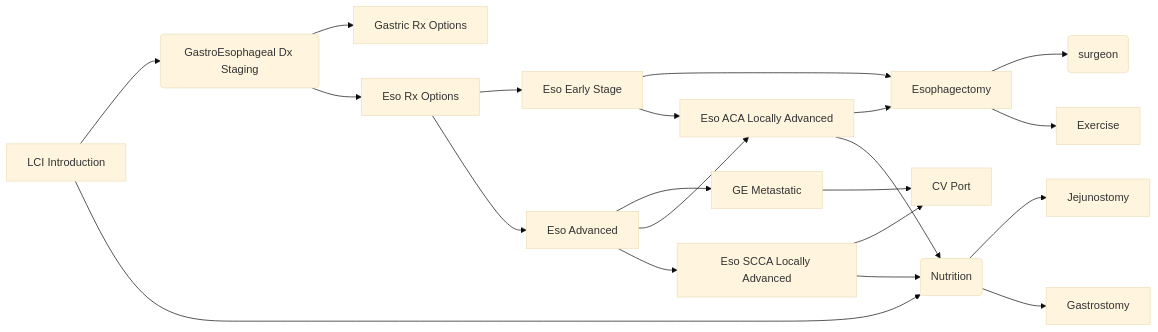
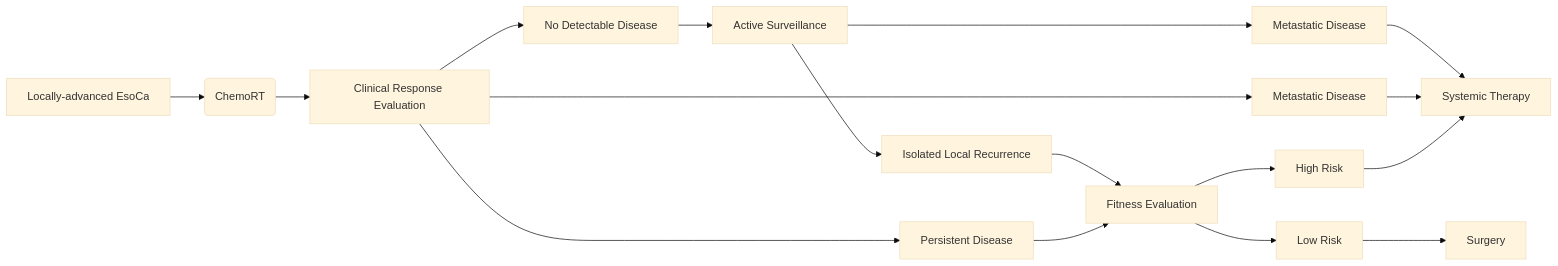
Before and after one commit to gisurgonc/talks: the third of 3 diagrams in eso_nonop.qmd, drawn with Mermaid (base theme). The commit also changed other lines of this file and 5 other files, not shown here.

````diff
--- a/eso_nonop.qmd
+++ b/eso_nonop.qmd
@@ -38,54 +158,35 @@
 ```{mermaid}
 flowchart LR
-A[LCI Introduction] -->B(GastroEsophageal Dx Staging)
-A-->nutrition(Nutrition)
+A[Locally-advanced EsoCa] -->B(ChemoRT)
 
-B--> C[Gastric Rx Options]
-B--> D[Eso Rx Options]
+B--> C[Clinical Response Evaluation]
 
-D-->E[Eso Early Stage]
-D-->F[Eso Advanced]
+C -->D[Metastatic Disease]
 
+C -->K[Persistent Disease]
 
-E-->eso_surgery[Esophagectomy]
-E-->J[Eso ACA Locally Advanced]
+C -->L[No Detectable Disease]
 
-F-->I[GE Metastatic]
-F-->J
-F-->K[Eso SCCA Locally Advanced]
+L-->N[Active Surveillance]
 
-nutrition--> jejunostomy[Jejunostomy]
-nutrition--> gastrostomy[Gastrostomy]
+N --> O[Isolated Local Recurrence]
 
-I-->L[CV Port]
+O --> M
 
-K-->L
-K-->nutrition
+N --> P[Metastatic Disease]
 
-J -->eso_surgery[Esophagectomy]
-J -->nutrition
+P --> E
 
-exercise[Exercise]
+D --> E[Systemic Therapy]
 
-eso_surgery-->surgeon(surgeon)
-eso_surgery-->exercise
+K -->M[Fitness Evaluation]
 
-click A "lci_intro.html"
-click B "ge_dx_staging.html"
-click C "gastric_rx_options.html"
-click D "eso_rx_options.html"
-click E "eso_advanced.html"
-click F "eso_advanced.html"
-click G "endoscopic_rx.html"
-click eso_surgery "eso_surgery.html"
-click I "ge_metastatic.html"
-click J "eso_aca_locally_advanced.html"
-click K "eso_scca_locally_advanced.html"
-click L "cv_port.html"
-click nutrition "nutrition.html"
-click jejunostomy "jejunostomy.html"
-click gastrostomy "gastrostomy.html"
-click exercise "exercise.html"
+M--> G[High Risk]
 
+M-->H[Low Risk]
+
+H-->I[Surgery]
+
+G--> E
 
 ```
````
